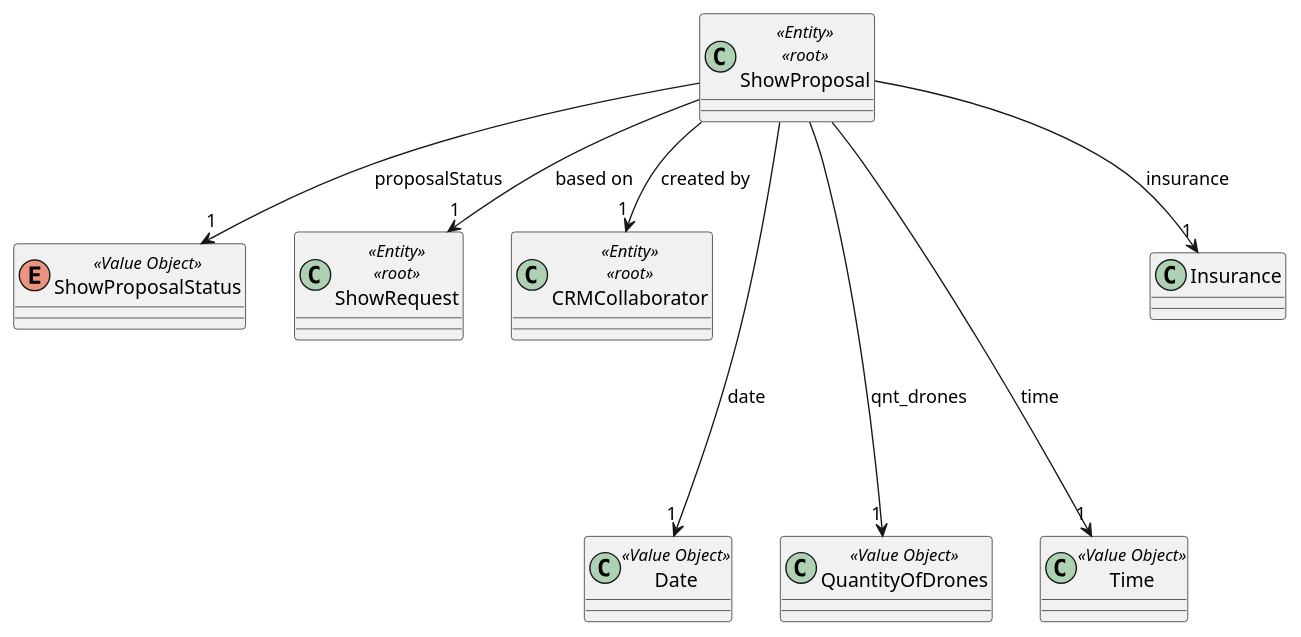
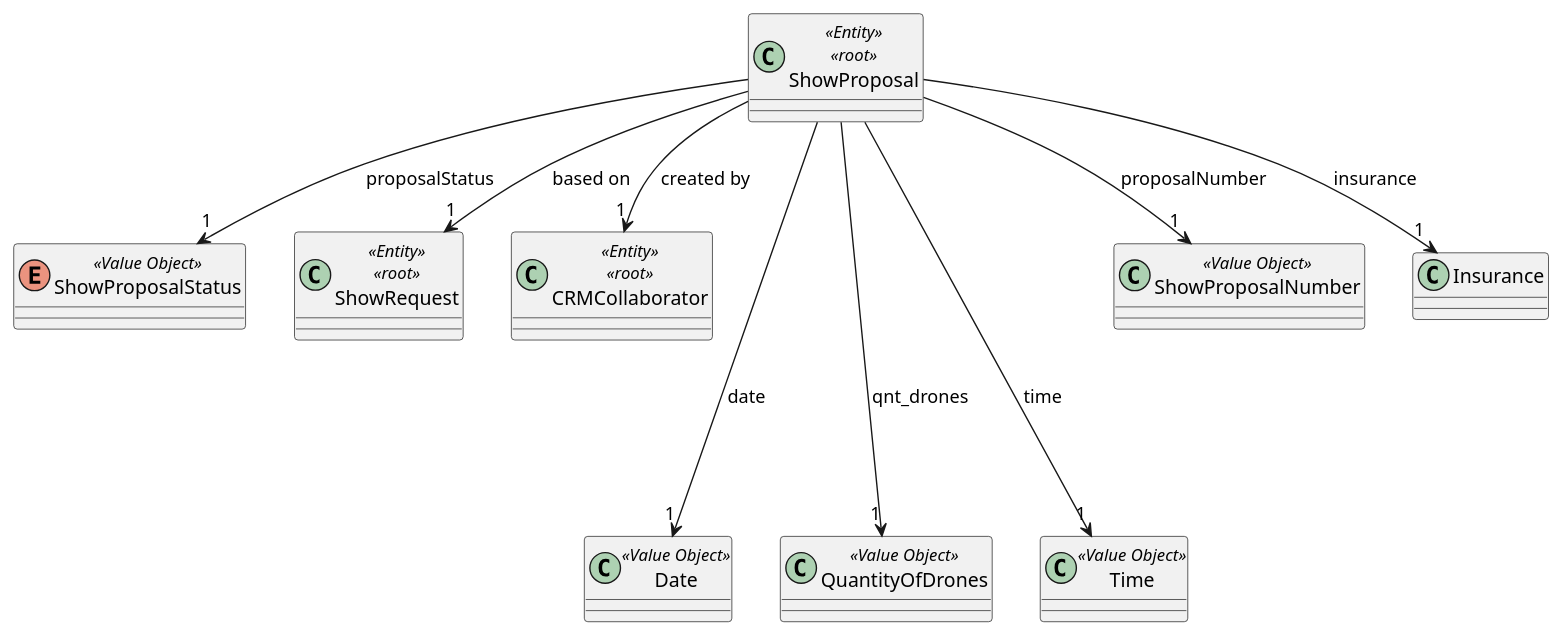
One commit to diogoveirospro/sem4pi-2024-2025-sem4pi_2024_2025_g44 changed the diagram in docs/SPRINT_3/US310/puml/domain_model_us310.puml. Above: the diagram before and after it, drawn with PlantUML. The commit also changed 25 other files, not shown here.

Commit message:
#36 #39 Multiple changes to the show proposal and request class soo now the id is generated correctly also slightly changed the uis for us310 and 315

```diff
--- a/docs/SPRINT_3/US310/puml/domain_model_us310.puml
+++ b/docs/SPRINT_3/US310/puml/domain_model_us310.puml
@@ -1,34 +1,38 @@
 @startuml
 
 enum ShowProposalStatus <<Value Object>>{
 }
 
 class ShowProposal <<Entity>> <<root>>{
 }
 
 class ShowRequest <<Entity>> <<root>>{
 }
 
 class CRMCollaborator <<Entity>> <<root>>{
 }
 
 class Date <<Value Object>>{
 }
 
 class QuantityOfDrones <<Value Object>>{
 }
 
 class Time <<Value Object>>{
 }
 
+class ShowProposalNumber <<Value Object>>{
+}
+
     'ShowProposal -> x
     ShowProposal --> "1" CRMCollaborator: created by
     ShowProposal --> "1" ShowRequest: based on
     ShowProposal --> "1" ShowProposalStatus: proposalStatus
     ShowProposal ----> "1" QuantityOfDrones: qnt_drones
     ShowProposal ----> "1" Time: time
     ShowProposal ----> "1" Date: date
     ShowProposal --> "1" Insurance: insurance
+    ShowProposal --> "1" ShowProposalNumber: proposalNumber
 
 
 @enduml
```
